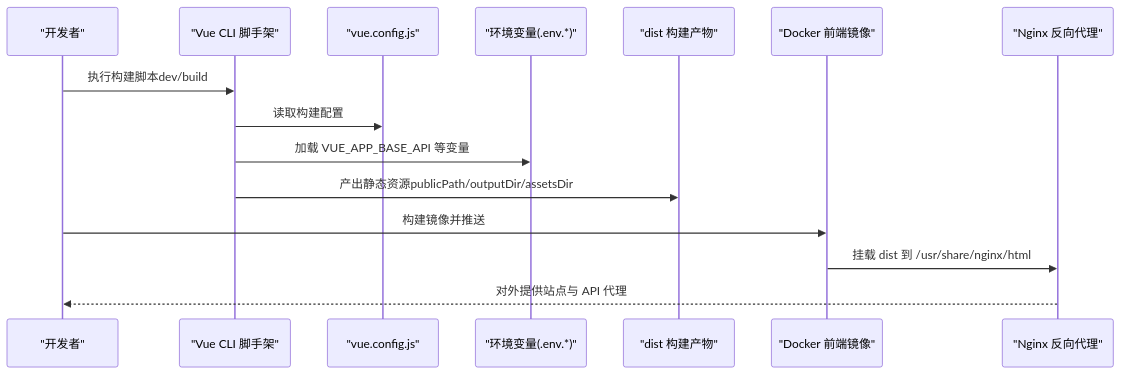
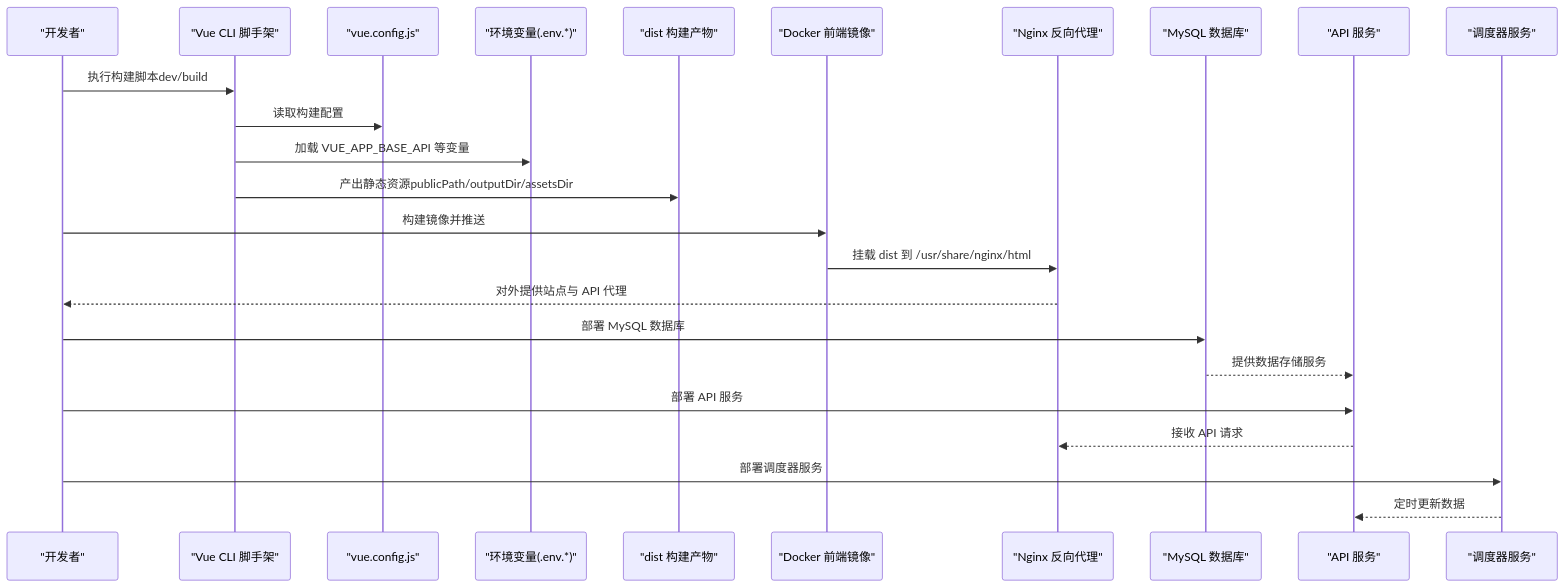
One commit to TinyMaD/SpeedRunnersLab changed the second of 10 diagrams in .qoder/repowiki/zh/content/前端应用/构建部署/构建部署.md. Above: the diagram before and after it, drawn with Mermaid. The commit also changed other lines of this file and 9 other files, not shown here.

````diff
--- a/.qoder/repowiki/zh/content/前端应用/构建部署/构建部署.md
+++ b/.qoder/repowiki/zh/content/前端应用/构建部署/构建部署.md
@@ -129,17 +165,26 @@
 ```mermaid
 sequenceDiagram
 participant Dev as "开发者"
 participant CLI as "Vue CLI 脚手架"
 participant CFG as "vue.config.js"
 participant ENV as "环境变量(.env.*)"
 participant DIST as "dist 构建产物"
 participant DOCKER as "Docker 前端镜像"
 participant NGINX as "Nginx 反向代理"
+participant MYSQL as "MySQL 数据库"
+participant API as "API 服务"
+participant SCHED as "调度器服务"
 Dev->>CLI : 执行构建脚本dev/build
 CLI->>CFG : 读取构建配置
 CLI->>ENV : 加载 VUE_APP_BASE_API 等变量
 CLI->>DIST : 产出静态资源publicPath/outputDir/assetsDir
 Dev->>DOCKER : 构建镜像并推送
 DOCKER->>NGINX : 挂载 dist 到 /usr/share/nginx/html
 NGINX-->>Dev : 对外提供站点与 API 代理
+Dev->>MYSQL : 部署 MySQL 数据库
+MYSQL-->>API : 提供数据存储服务
+Dev->>API : 部署 API 服务
+API-->>NGINX : 接收 API 请求
+Dev->>SCHED : 部署调度器服务
+SCHED-->>API : 定时更新数据
 ```
````
